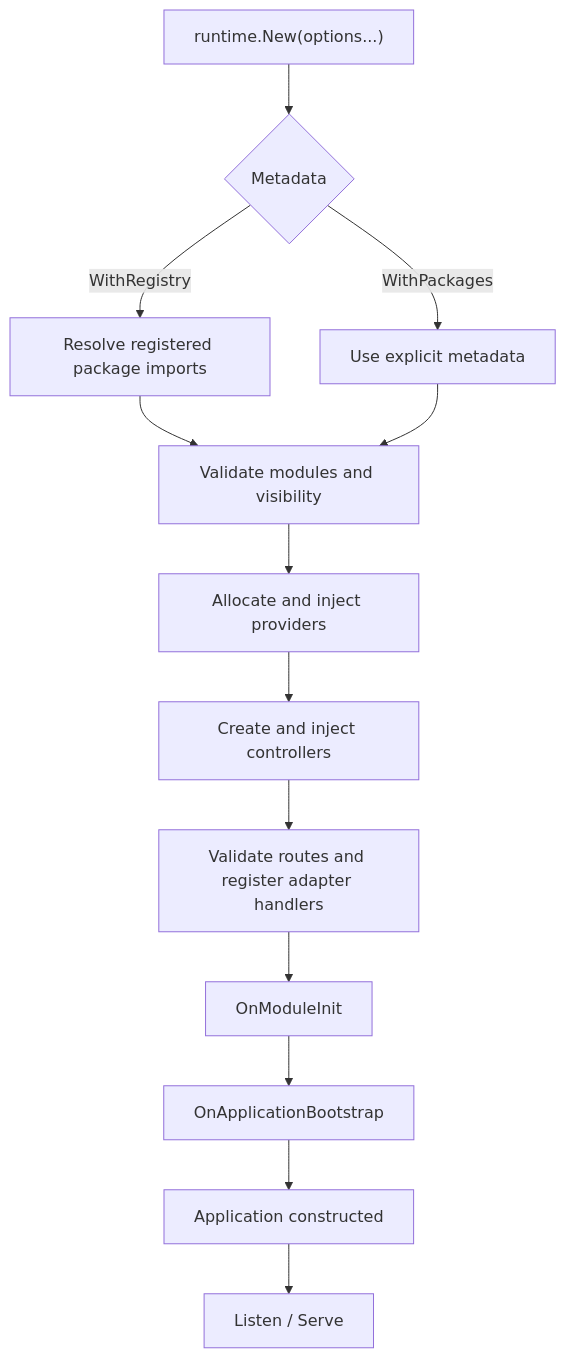
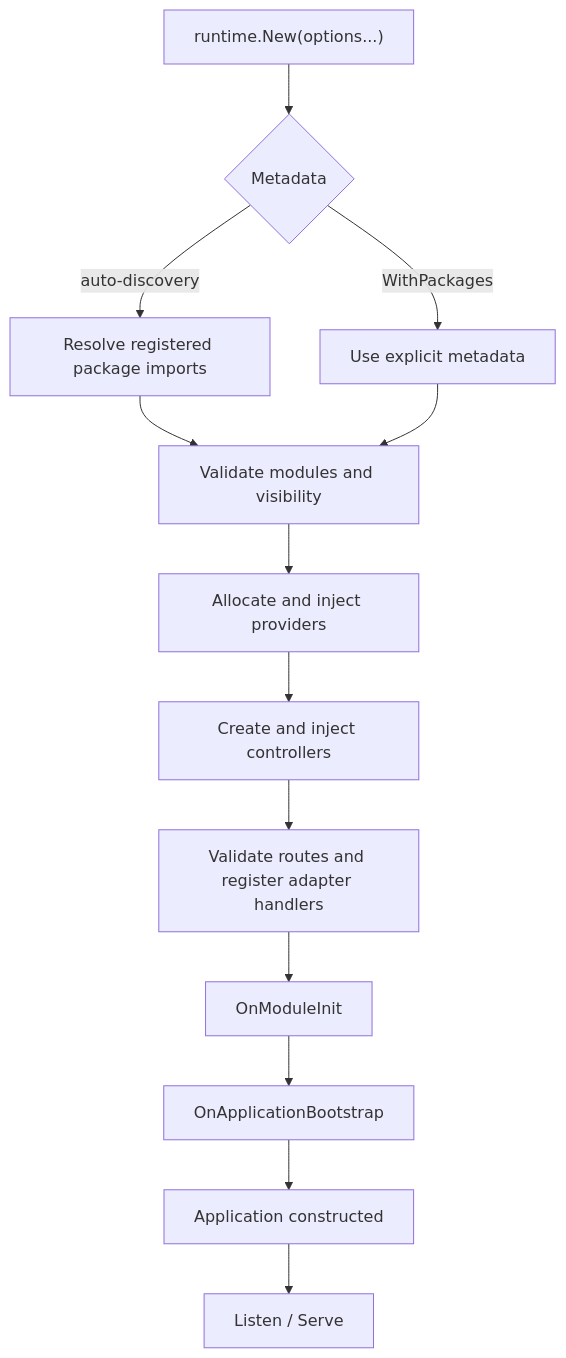
Before and after one commit to kevenmiano/nestgo: the first of 3 diagrams in website/docs/fundamentals/lifecycle.md, drawn with Mermaid. The commit also changed other lines of this file, not shown here.

Commit message:
docs(dx): remove manual registry names from distributed application bootstrap

````diff
--- a/website/docs/fundamentals/lifecycle.md
+++ b/website/docs/fundamentals/lifecycle.md
@@ -25,15 +25,15 @@
 ```mermaid
 flowchart TD
   Entry["runtime.New(options...)"] --> Source{"Metadata"}
-  Source -->|"WithRegistry"| Registry["Resolve registered package imports"]
+  Source -->|"auto-discovery"| Registry["Resolve registered package imports"]
   Source -->|"WithPackages"| Direct["Use explicit metadata"]
   Registry --> Graph["Validate modules and visibility"]
   Direct --> Graph
   Graph --> Provider["Allocate and inject providers"]
   Provider --> Controller["Create and inject controllers"]
   Controller --> Route["Validate routes and register adapter handlers"]
   Route --> Init["OnModuleInit"]
   Init --> Ready["OnApplicationBootstrap"]
   Ready --> App["Application constructed"]
   App --> Serve["Listen / Serve"]
 ```
````
